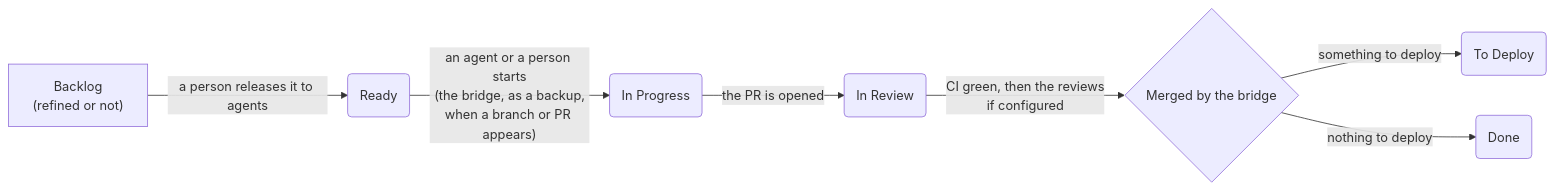
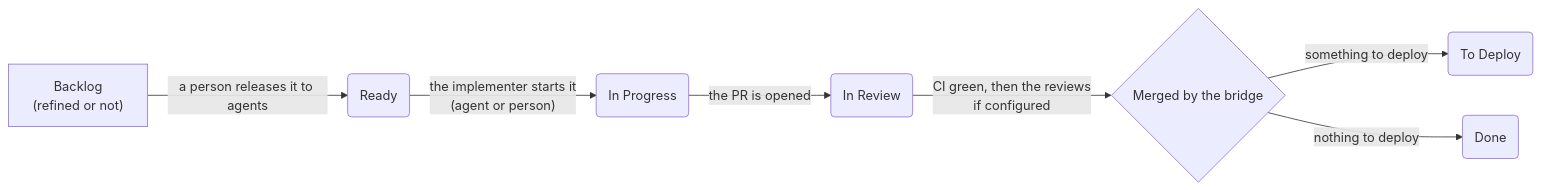
Before and after one commit to Martin-Rancourt/spl-asdlc: the first of 2 diagrams in docs/method.md, drawn with Mermaid. The commit also changed other lines of this file and 11 other files, not shown here.

First line of the commit message:
feat(tick)!: In Progress is the implementer's, never the bridge's backup

````diff
--- a/docs/method.md
+++ b/docs/method.md
@@ -18,9 +18,9 @@
 ```mermaid
 flowchart LR
   B["Backlog<br/>(refined or not)"] -->|a person releases it to agents| R(Ready)
-  R -->|"an agent or a person starts<br/>(the bridge, as a backup,<br/>when a branch or PR appears)"| P(In Progress)
+  R -->|"the implementer starts it<br/>(agent or person)"| P(In Progress)
   P -->|the PR is opened| V(In Review)
   V -->|"CI green, then the reviews<br/>if configured"| M{Merged by the bridge}
   M -->|something to deploy| TD(To Deploy)
   M -->|nothing to deploy| D(Done)
 ```
````
